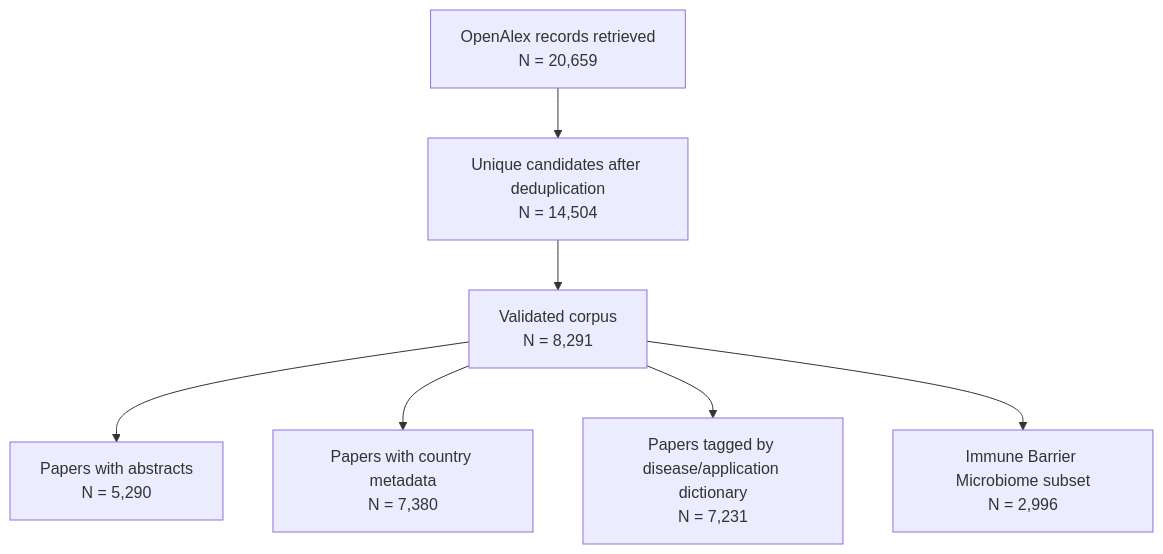
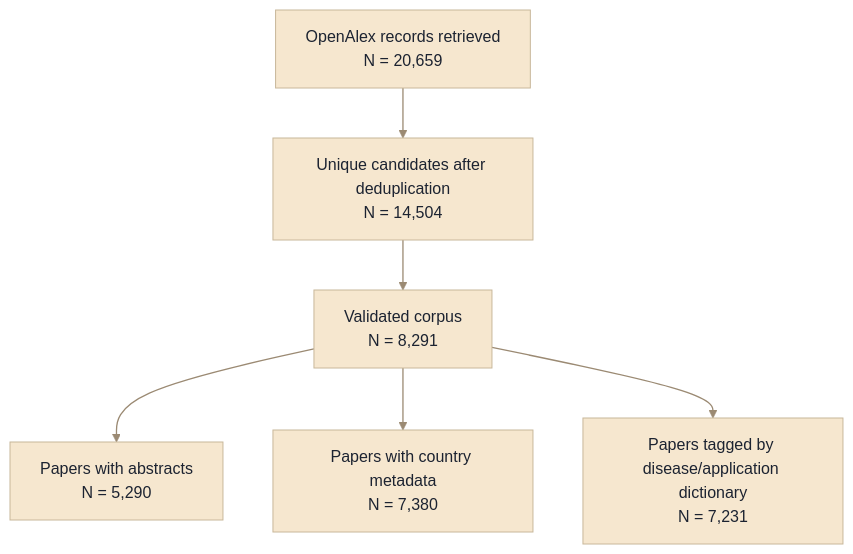
One commit to Trhova/Reproducible-bibliometric-analysis-pipeline changed the diagram in output/reports/ahr_bibliometric_report.md. Above: the diagram before and after it, drawn with Mermaid. The commit also changed other lines of this file and 12 other files, not shown here.

Commit message:
Add readable corpus-flow figure and simplify Mermaid flow

````diff
--- a/output/reports/ahr_bibliometric_report.md
+++ b/output/reports/ahr_bibliometric_report.md
@@ -12,16 +12,16 @@
 ```mermaid
 flowchart TD
-    N1["OpenAlex records retrieved<br/>N = 20,659"]
-    N2["Unique candidates after deduplication<br/>N = 14,504"]
-    N3["Validated corpus<br/>N = 8,291"]
-    N4["Papers with abstracts<br/>N = 5,290"]
-    N5["Papers with country metadata<br/>N = 7,380"]
-    N6["Papers tagged by disease/application dictionary<br/>N = 7,231"]
-    N7["Immune Barrier Microbiome subset<br/>N = 2,996"]
-    N1 --> N2
-    N2 --> N3
-    N3 --> N4
-    N3 --> N5
-    N3 --> N6
-    N3 --> N7
+    A["OpenAlex records retrieved<br/>N = 20,659"]
+    B["Unique candidates after deduplication<br/>N = 14,504"]
+    C["Validated corpus<br/>N = 8,291"]
+    D["Papers with abstracts<br/>N = 5,290"]
+    E["Papers with country metadata<br/>N = 7,380"]
+    F["Papers tagged by disease/application dictionary<br/>N = 7,231"]
+    A --> B --> C
+    C --> D
+    C --> E
+    C --> F
+    classDef stage fill:#F6E7CF,stroke:#C8B79A,color:#1C2331,stroke-width:1px;
+    class A,B,C,D,E,F stage;
+    linkStyle default stroke:#9B8A73,stroke-width:1.3px;
 ```
````
